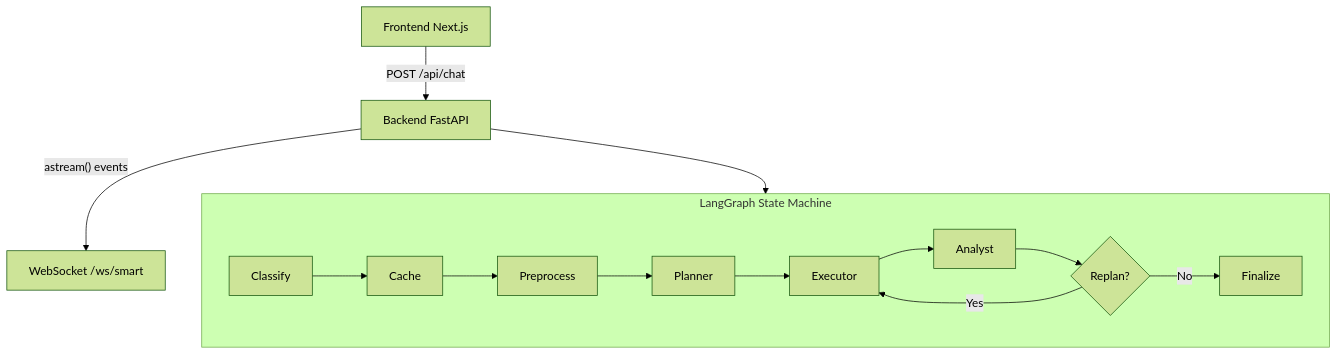
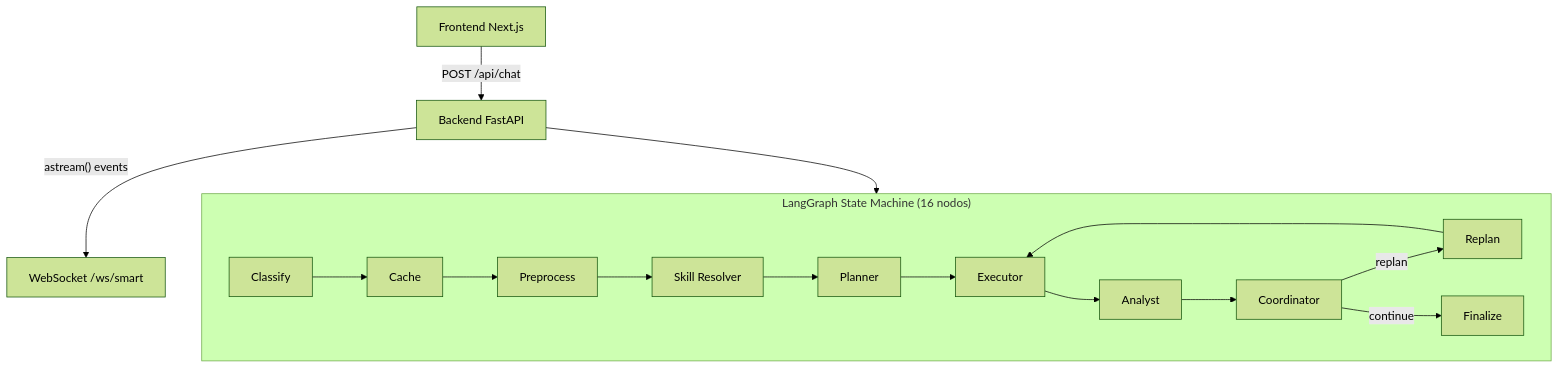
One commit to colossus-lab/openarg_backend changed the first of 2 diagrams in docs/pipeline-map.md. Above: the diagram before and after it, drawn with Mermaid (forest theme). The commit also changed other lines of this file and 14 other files, not shown here.

````diff
--- a/docs/pipeline-map.md
+++ b/docs/pipeline-map.md
@@ -11,19 +11,21 @@
 ```mermaid
 graph TD
     FE[Frontend Next.js] -- "POST /api/chat" --> BE[Backend FastAPI]
     BE -- "astream() events" --> WS[WebSocket /ws/smart]
     
-    subgraph Pipeline ["LangGraph State Machine"]
+    subgraph Pipeline ["LangGraph State Machine (16 nodos)"]
         direction LR
         Classify[Classify] --> Cache[Cache]
         Cache --> Preproc[Preprocess]
-        Preproc --> Planner[Planner]
+        Preproc --> Skills[Skill Resolver]
+        Skills --> Planner[Planner]
         Planner --> Exec[Executor]
         Exec --> Analyst[Analyst]
-        Analyst --> Replan{Replan?}
-        Replan -- "Yes" --> Exec
-        Replan -- "No" --> Finalize[Finalize]
+        Analyst --> Coord[Coordinator]
+        Coord -- "replan" --> Replan[Replan]
+        Replan --> Exec
+        Coord -- "continue" --> Finalize[Finalize]
     end
     
     BE --> Pipeline
 ```
````
